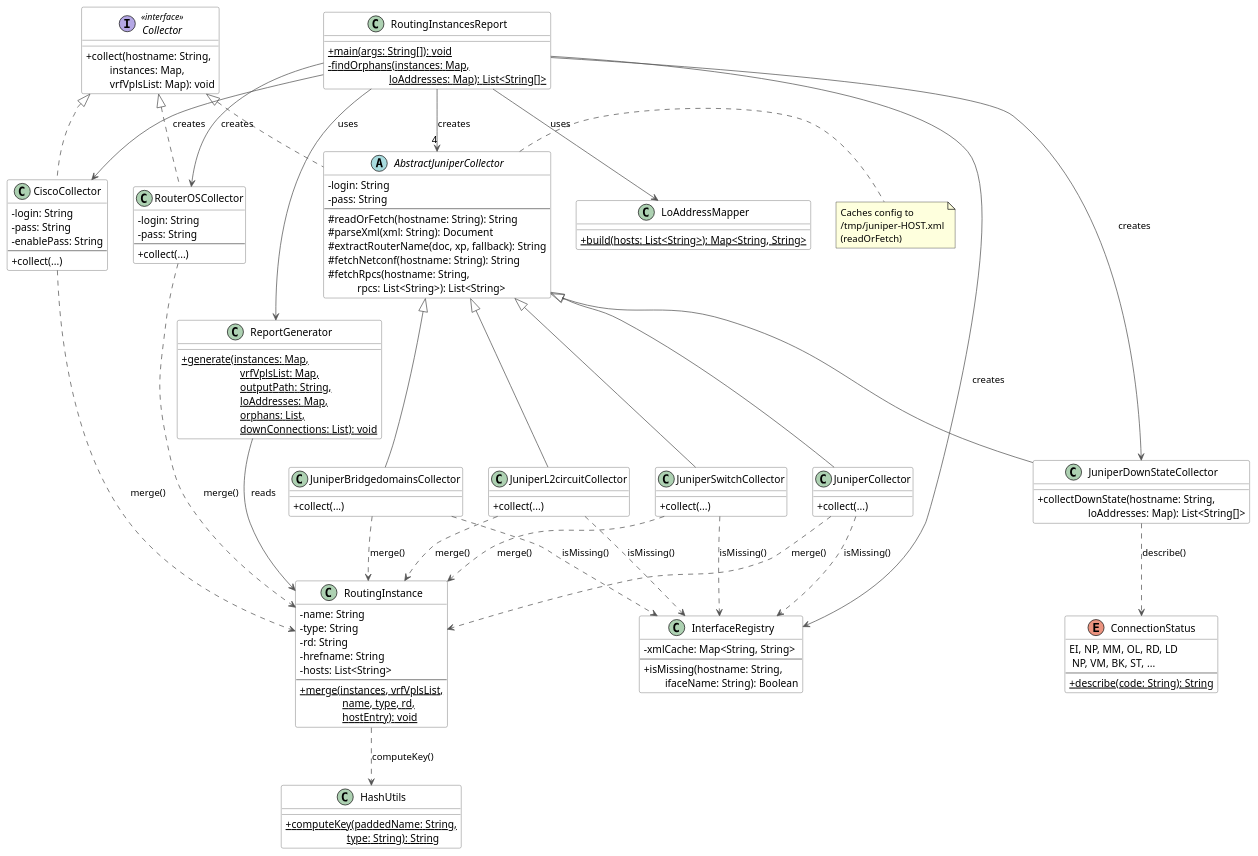
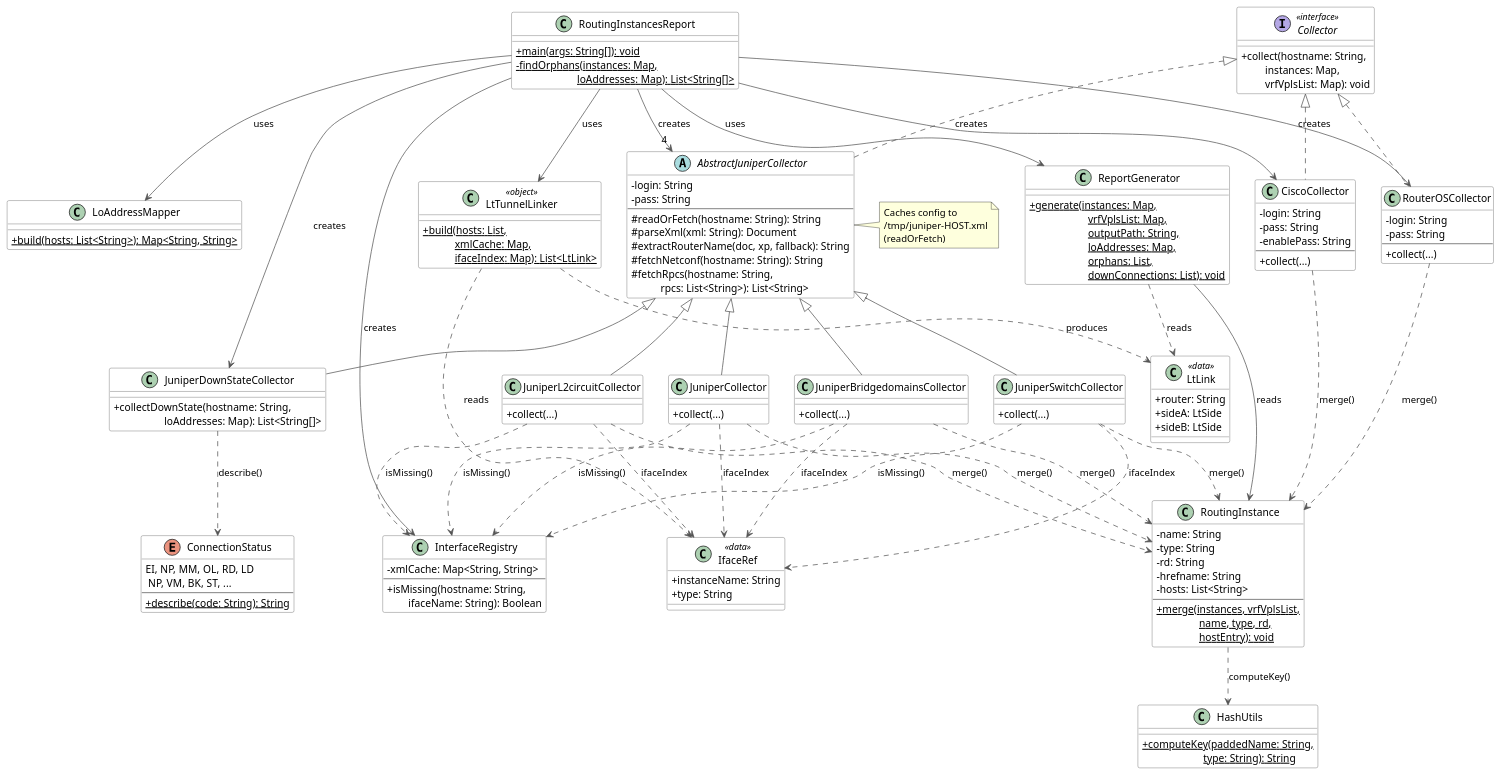
The diagram in src/plantuml/classes.puml (oldengremlin/routing-instances-report-k), drawn with PlantUML before and after one commit. The commit also changed 13 other files, not shown here.

```diff
--- a/src/plantuml/classes.puml
+++ b/src/plantuml/classes.puml
@@ -1,153 +1,177 @@
 @startuml
 skinparam classAttributeIconSize 0
 skinparam shadowing false
 skinparam class {
     BackgroundColor White
     BorderColor #555555
     ArrowColor #555555
 }
 skinparam interface {
     BackgroundColor #E8F4E8
     BorderColor #555555
 }
 skinparam abstract {
     BackgroundColor #FFF8E0
     BorderColor #555555
 }
 skinparam enum {
     BackgroundColor #F0E8FF
     BorderColor #555555
 }
 
 interface Collector <<interface>> {
     +collect(hostname: String,\n         instances: Map,\n         vrfVplsList: Map): void
 }
 
 abstract class AbstractJuniperCollector {
     -login: String
     -pass: String
     --
     #readOrFetch(hostname: String): String
     #parseXml(xml: String): Document
     #extractRouterName(doc, xp, fallback): String
     #fetchNetconf(hostname: String): String
     #fetchRpcs(hostname: String,\n           rpcs: List<String>): List<String>
 }
 
 class JuniperCollector {
     +collect(...)
 }
 
 class JuniperSwitchCollector {
     +collect(...)
 }
 
 class JuniperL2circuitCollector {
     +collect(...)
 }
 
 class JuniperBridgedomainsCollector {
     +collect(...)
 }
 
 class JuniperDownStateCollector {
     +collectDownState(hostname: String,\n                   loAddresses: Map): List<String[]>
 }
 
 class CiscoCollector {
     -login: String
     -pass: String
     -enablePass: String
     --
     +collect(...)
 }
 
 class RouterOSCollector {
     -login: String
     -pass: String
     --
     +collect(...)
 }
 
 class RoutingInstance {
     -name: String
     -type: String
     -rd: String
     -hrefname: String
     -hosts: List<String>
     --
     +{static} merge(instances, vrfVplsList,\n                name, type, rd,\n                hostEntry): void
 }
 
 class HashUtils {
     +{static} computeKey(paddedName: String,\n                       type: String): String
 }
 
 class LoAddressMapper {
     +{static} build(hosts: List<String>): Map<String, String>
 }
 
 class InterfaceRegistry {
     -xmlCache: Map<String, String>
     --
     +isMissing(hostname: String,\n        ifaceName: String): Boolean
 }
 
+class LtTunnelLinker <<object>> {
+    +{static} build(hosts: List,\n            xmlCache: Map,\n            ifaceIndex: Map): List<LtLink>
+}
+
+class IfaceRef <<data>> {
+    +instanceName: String
+    +type: String
+}
+
+class LtLink <<data>> {
+    +router: String
+    +sideA: LtSide
+    +sideB: LtSide
+}
+
 enum ConnectionStatus {
     EI, NP, MM, OL, RD, LD\n NP, VM, BK, ST, ...
     --
     +{static} describe(code: String): String
 }
 
 class ReportGenerator {
     +{static} generate(instances: Map,\n                      vrfVplsList: Map,\n                      outputPath: String,\n                      loAddresses: Map,\n                      orphans: List,\n                      downConnections: List): void
 }
 
 class RoutingInstancesReport {
     +{static} main(args: String[]): void
     -{static} findOrphans(instances: Map,\n                       loAddresses: Map): List<String[]>
 }
 
 Collector <|.. AbstractJuniperCollector
 Collector <|.. CiscoCollector
 Collector <|.. RouterOSCollector
 
 AbstractJuniperCollector <|-- JuniperCollector
 AbstractJuniperCollector <|-- JuniperSwitchCollector
 AbstractJuniperCollector <|-- JuniperL2circuitCollector
 AbstractJuniperCollector <|-- JuniperBridgedomainsCollector
 AbstractJuniperCollector <|-- JuniperDownStateCollector
 
 RoutingInstancesReport --> "4" AbstractJuniperCollector : creates
 RoutingInstancesReport --> JuniperDownStateCollector : creates
 RoutingInstancesReport --> CiscoCollector : creates
 RoutingInstancesReport --> RouterOSCollector : creates
 RoutingInstancesReport --> LoAddressMapper : uses
 RoutingInstancesReport --> InterfaceRegistry : creates
+RoutingInstancesReport --> LtTunnelLinker : uses
 RoutingInstancesReport --> ReportGenerator : uses
 
 JuniperCollector ..> InterfaceRegistry : isMissing()
 JuniperSwitchCollector ..> InterfaceRegistry : isMissing()
 JuniperL2circuitCollector ..> InterfaceRegistry : isMissing()
 JuniperBridgedomainsCollector ..> InterfaceRegistry : isMissing()
+
+JuniperCollector ..> IfaceRef : ifaceIndex
+JuniperSwitchCollector ..> IfaceRef : ifaceIndex
+JuniperL2circuitCollector ..> IfaceRef : ifaceIndex
+JuniperBridgedomainsCollector ..> IfaceRef : ifaceIndex
+LtTunnelLinker ..> IfaceRef : reads
+LtTunnelLinker ..> LtLink : produces
+ReportGenerator ..> LtLink : reads
 
 ReportGenerator --> RoutingInstance : reads
 
 JuniperCollector ..> RoutingInstance : merge()
 JuniperSwitchCollector ..> RoutingInstance : merge()
 JuniperL2circuitCollector ..> RoutingInstance : merge()
 JuniperBridgedomainsCollector ..> RoutingInstance : merge()
 CiscoCollector ..> RoutingInstance : merge()
 RouterOSCollector ..> RoutingInstance : merge()
 
 JuniperDownStateCollector ..> ConnectionStatus : describe()
 
 RoutingInstance ..> HashUtils : computeKey()
 
 note right of AbstractJuniperCollector
   Caches config to
   /tmp/juniper-HOST.xml
   (readOrFetch)
 end note
 
 @enduml
```
